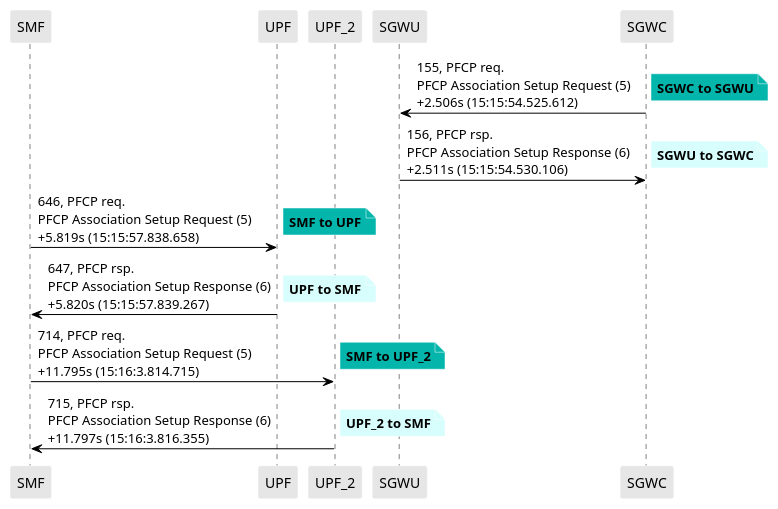
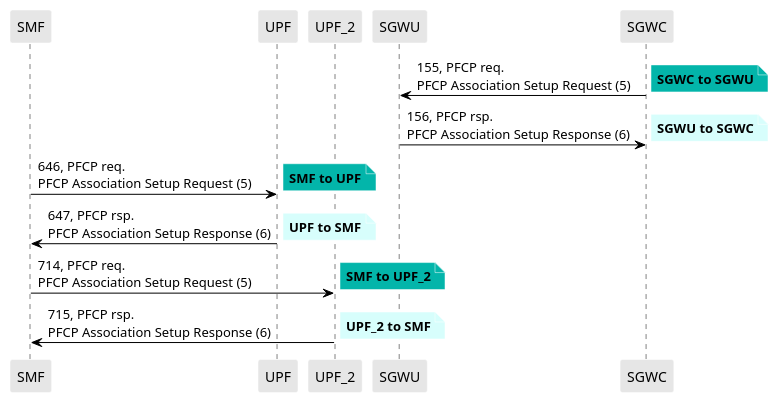
Before and after one commit to lilyhuegerich/5G: the diagram in PCAPS/Core/start_double_upf_OS.puml, drawn with PlantUML. The commit also changed 33 other files, not shown here.

```diff
--- a/PCAPS/Core/start_double_upf_OS.puml
+++ b/PCAPS/Core/start_double_upf_OS.puml
@@ -1,53 +1,53 @@
 @startuml
 skinparam shadowing false
 skinparam NoteBorderColor white
 skinparam sequence {
     ArrowColor black
     LifeLineBorderColor black
     LifeLineBackgroundColor black
     ParticipantBorderColor white
     ParticipantBackgroundColor #e6e6e6
 }
 participant "SMF"
 participant "UPF"
 participant "UPF_2"
 participant "SGWU"
 participant "SGWC"
 
-"SGWC" -> "SGWU": 155, PFCP req.\nPFCP Association Setup Request (5)\n+2.506s (15:15:54.525.612)
+"SGWC" -> "SGWU": 155, PFCP req.\nPFCP Association Setup Request (5)
 
 note right #03B5AA
 **SGWC to SGWU**
 end note
 
-"SGWU" -> "SGWC": 156, PFCP rsp.\nPFCP Association Setup Response (6)\n+2.511s (15:15:54.530.106)
+"SGWU" -> "SGWC": 156, PFCP rsp.\nPFCP Association Setup Response (6)
 
 note right #D7FEFC
 **SGWU to SGWC**
 end note
 
-"SMF" -> "UPF": 646, PFCP req.\nPFCP Association Setup Request (5)\n+5.819s (15:15:57.838.658)
+"SMF" -> "UPF": 646, PFCP req.\nPFCP Association Setup Request (5)
 
 note right #03B5AA
 **SMF to UPF**
 end note
 
-"UPF" -> "SMF": 647, PFCP rsp.\nPFCP Association Setup Response (6)\n+5.820s (15:15:57.839.267)
+"UPF" -> "SMF": 647, PFCP rsp.\nPFCP Association Setup Response (6)
 
 note right #D7FEFC
 **UPF to SMF**
 end note
 
-"SMF" -> "UPF_2": 714, PFCP req.\nPFCP Association Setup Request (5)\n+11.795s (15:16:3.814.715)
+"SMF" -> "UPF_2": 714, PFCP req.\nPFCP Association Setup Request (5)
 
 note right #03B5AA
 **SMF to UPF_2**
 end note
 
-"UPF_2" -> "SMF": 715, PFCP rsp.\nPFCP Association Setup Response (6)\n+11.797s (15:16:3.816.355)
+"UPF_2" -> "SMF": 715, PFCP rsp.\nPFCP Association Setup Response (6)
 
 note right #D7FEFC
 **UPF_2 to SMF**
 end note
 
 @enduml
```
